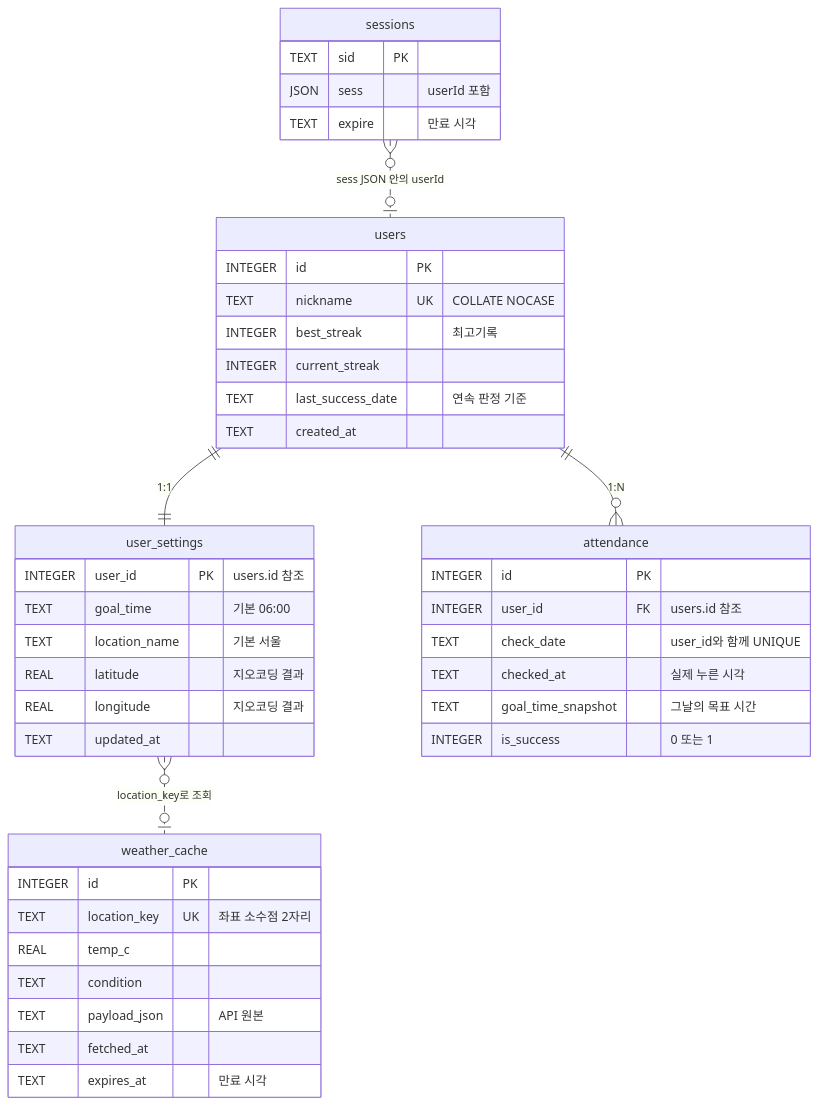
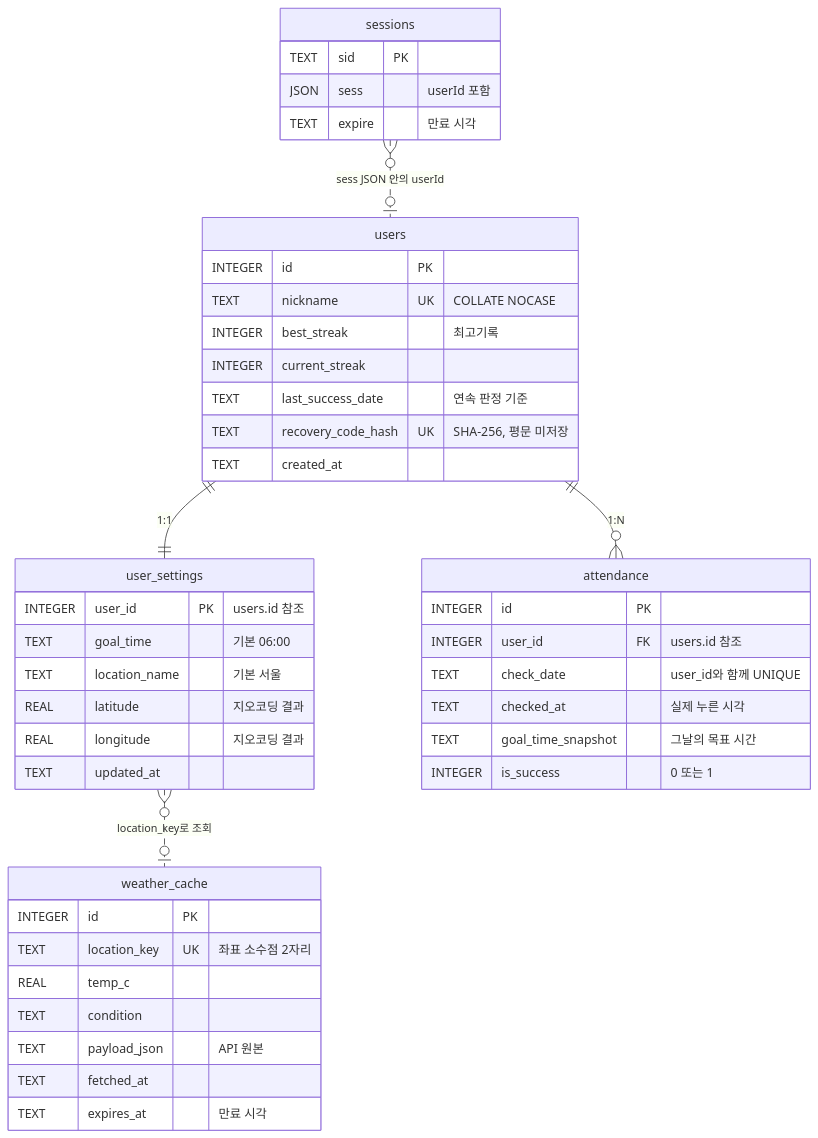
Before and after one commit to hojitea-ui/backend_homework: the diagram in README.md, drawn with Mermaid. The commit also changed other lines of this file and 10 other files, not shown here.

````diff
--- a/README.md
+++ b/README.md
@@ -61,46 +61,47 @@
 ```mermaid
 erDiagram
     sessions }o..o| users : "sess JSON 안의 userId"
     users ||--|| user_settings : "1:1"
     users ||--o{ attendance : "1:N"
     user_settings }o..o| weather_cache : "location_key로 조회"
 
     sessions {
         TEXT sid PK
         JSON sess "userId 포함"
         TEXT expire "만료 시각"
     }
     users {
         INTEGER id PK
         TEXT nickname UK "COLLATE NOCASE"
         INTEGER best_streak "최고기록"
         INTEGER current_streak
         TEXT last_success_date "연속 판정 기준"
+        TEXT recovery_code_hash UK "SHA-256, 평문 미저장"
         TEXT created_at
     }
     user_settings {
         INTEGER user_id PK "users.id 참조"
         TEXT goal_time "기본 06:00"
         TEXT location_name "기본 서울"
         REAL latitude "지오코딩 결과"
         REAL longitude "지오코딩 결과"
         TEXT updated_at
     }
     attendance {
         INTEGER id PK
         INTEGER user_id FK "users.id 참조"
         TEXT check_date "user_id와 함께 UNIQUE"
         TEXT checked_at "실제 누른 시각"
         TEXT goal_time_snapshot "그날의 목표 시간"
         INTEGER is_success "0 또는 1"
     }
     weather_cache {
         INTEGER id PK
         TEXT location_key UK "좌표 소수점 2자리"
         REAL temp_c
         TEXT condition
         TEXT payload_json "API 원본"
         TEXT fetched_at
         TEXT expires_at "만료 시각"
     }
 ```
````
